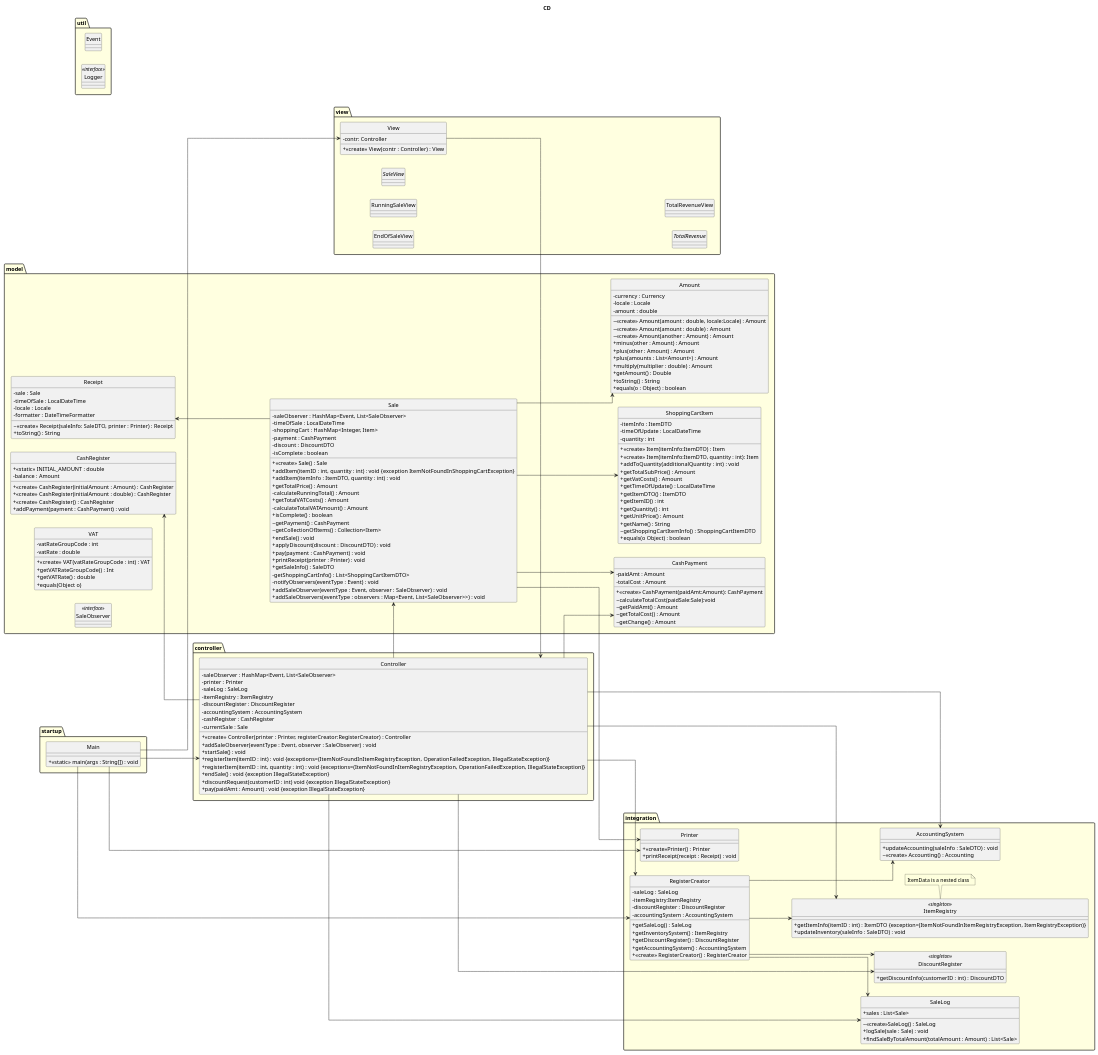
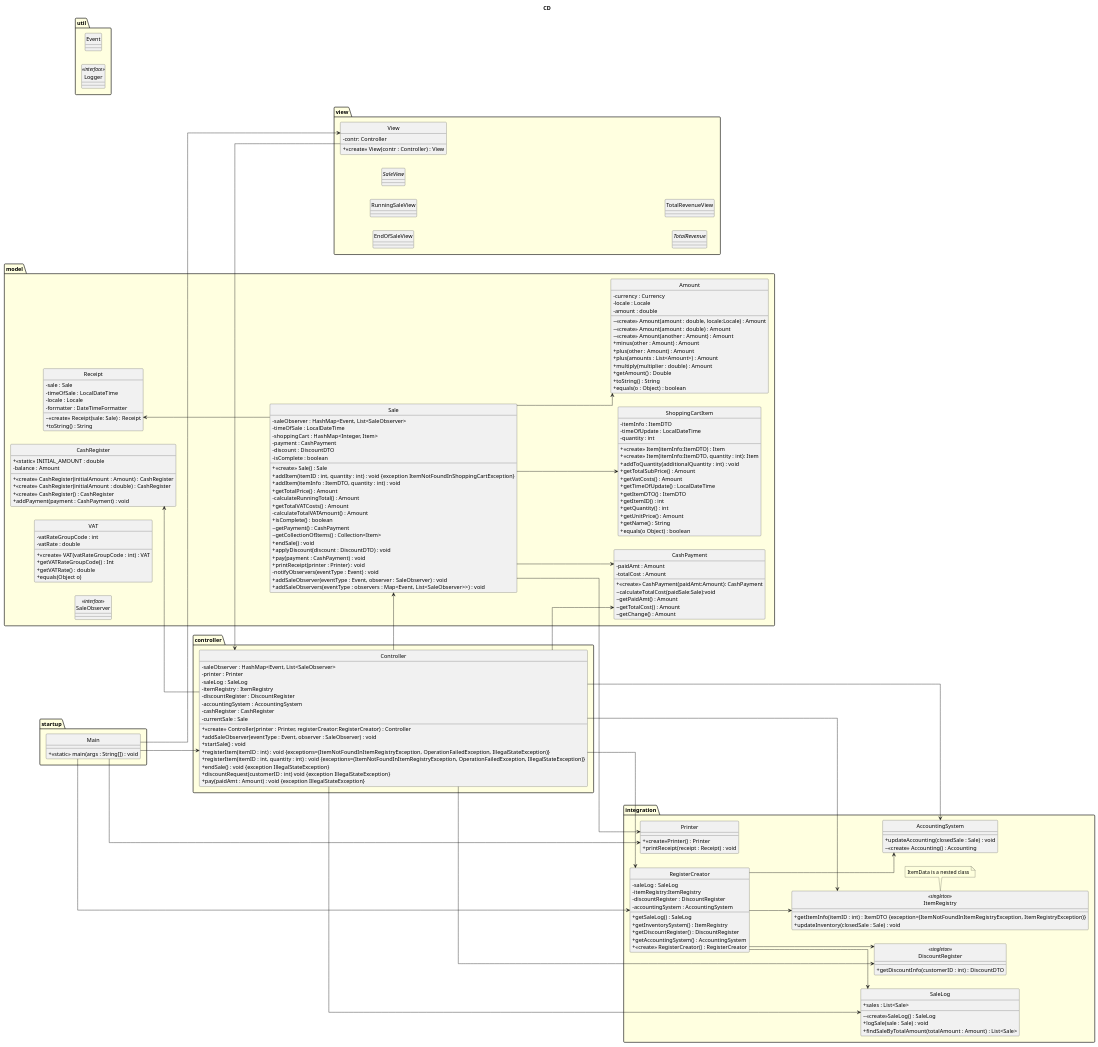
The first of 8 diagrams in uml/uml_v3.puml (VincentFerrigan/kth-iv1350-object-oriented-design), drawn with PlantUML before and after one commit. The commit also changed other lines of this file and 17 other files, not shown here.

```diff
--- a/uml/uml_v3.puml
+++ b/uml/uml_v3.puml
@@ -68,8 +68,6 @@
             + applyDiscount(discount : DiscountDTO) : void
             + pay(payment : CashPayment) : void
             + printReceipt(printer : Printer) : void
-            + getSaleInfo() : SaleDTO
-            - getShoppingCartInfo() : List<ShoppingCartItemDTO>
             - notifyObservers(eventType : Event) : void
             + addSaleObserver(eventType : Event, observer : SaleObserver) : void
             + addSaleObservers(eventType : observers : Map<Event, List<SaleObserver>>) : void
@@ -91,7 +89,6 @@
             + getQuantity() : int
             + getUnitPrice() : Amount
             + getName() : String
-            ~ getShoppingCartItemInfo() : ShoppingCartItemDTO
             + equals(o Object) : boolean
             }
         class CashPayment{
@@ -116,7 +113,7 @@
             - timeOfSale : LocalDateTime
             - locale : Locale
             - formatter : DateTimeFormatter
-            ~ <<create>> Receipt(saleInfo: SaleDTO, printer : Printer) : Receipt
+            ~ <<create>> Receipt(sale: Sale) : Receipt
             + toString() : String
 
         }
@@ -167,7 +164,7 @@
 '            - inventoryTable : HashMap<Integer, ItemData>
 '            - addItemData() : void
             + getItemInfo(itemID : int) : ItemDTO {exception=(ItemNotFoundInItemRegistryException, ItemRegistryException)}
-            + updateInventory(saleInfo : SaleDTO) : void
+            + updateInventory(closedSale : Sale) : void
         }
             note bottom : ItemData is a nested class
         class SaleLog{
@@ -177,7 +174,7 @@
             + findSaleByTotalAmount(totalAmount : Amount) : List<Sale>
         }
         class AccountingSystem{
-            + updateAccounting(saleInfo : SaleDTO) : void
+            + updateAccounting(closedSale : Sale) : void
             ~ <<create>> Accounting() : Accounting
         }
         class Printer{
```
